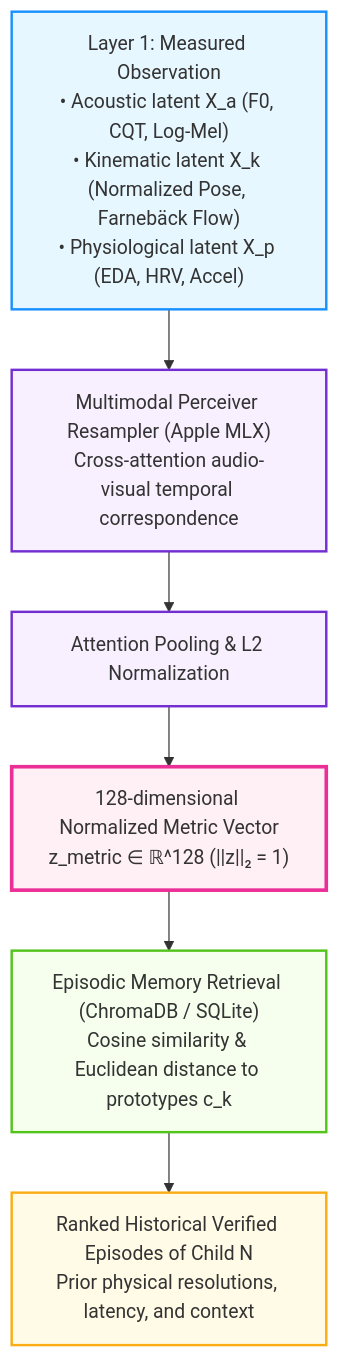
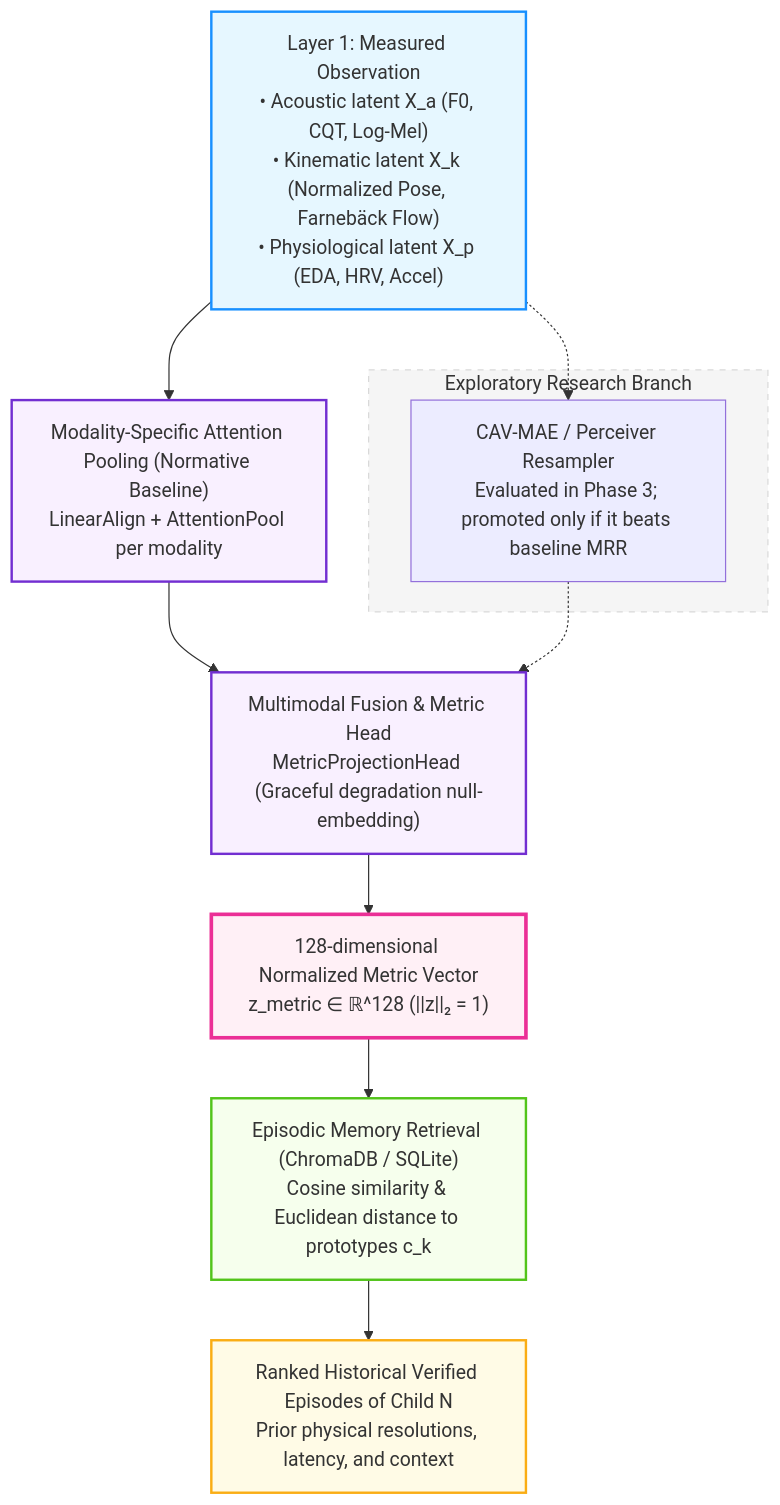
Before and after one commit to olostan/project_n: the fifth of 8 diagrams in docs/DESIGN.md, drawn with Mermaid. The commit also changed other lines of this file and 10 other files, not shown here.

````diff
--- a/docs/DESIGN.md
+++ b/docs/DESIGN.md
@@ -173,17 +173,24 @@
 ```mermaid
 graph TD
-    L1["Layer 1: Measured Observation<br/>• Acoustic latent X_a (F0, CQT, Log-Mel)<br/>• Kinematic latent X_k (Normalized Pose, Farnebäck Flow)<br/>• Physiological latent X_p (EDA, HRV, Accel)"] --> Resampler["Multimodal Perceiver Resampler (Apple MLX)<br/>Cross-attention audio-visual temporal correspondence"]
+    L1["Layer 1: Measured Observation<br/>• Acoustic latent X_a (F0, CQT, Log-Mel)<br/>• Kinematic latent X_k (Normalized Pose, Farnebäck Flow)<br/>• Physiological latent X_p (EDA, HRV, Accel)"] --> Baseline["Modality-Specific Attention Pooling (Normative Baseline)<br/>LinearAlign + AttentionPool per modality"]
 
-    Resampler --> Pooling["Attention Pooling & L2 Normalization"]
-    Pooling --> MetricVector["128-dimensional Normalized Metric Vector<br/>z_metric ∈ ℝ^128 (||z||₂ = 1)"]
+    Baseline --> Proj["Multimodal Fusion & Metric Head<br/>MetricProjectionHead (Graceful degradation null-embedding)"]
+    Proj --> MetricVector["128-dimensional Normalized Metric Vector<br/>z_metric ∈ ℝ^128 (||z||₂ = 1)"]
 
     MetricVector --> MemoryStore["Episodic Memory Retrieval (ChromaDB / SQLite)<br/>Cosine similarity & Euclidean distance to prototypes c_k"]
     MemoryStore --> MatchedCandidates["Ranked Historical Verified Episodes of Child N<br/>Prior physical resolutions, latency, and context"]
 
+    subgraph ExploratoryBranch ["Exploratory Research Branch"]
+        Resampler["CAV-MAE / Perceiver Resampler<br/>Evaluated in Phase 3; promoted only if it beats baseline MRR"]
+    end
+    L1 -.-> Resampler
+    Resampler -.-> Proj
+
     style L1 fill:#e6f7ff,stroke:#1890ff,stroke-width:2px
-    style Resampler fill:#f9f0ff,stroke:#722ed1,stroke-width:2px
-    style Pooling fill:#f9f0ff,stroke:#722ed1,stroke-width:2px
+    style Baseline fill:#f9f0ff,stroke:#722ed1,stroke-width:2px
+    style Proj fill:#f9f0ff,stroke:#722ed1,stroke-width:2px
     style MetricVector fill:#fff0f6,stroke:#eb2f96,stroke-width:3px
     style MemoryStore fill:#f6ffed,stroke:#52c41a,stroke-width:2px
     style MatchedCandidates fill:#fffbe6,stroke:#faad14,stroke-width:2px
+    style ExploratoryBranch fill:#f5f5f5,stroke:#d9d9d9,stroke-width:1px,stroke-dasharray: 5 5
 ```
````
